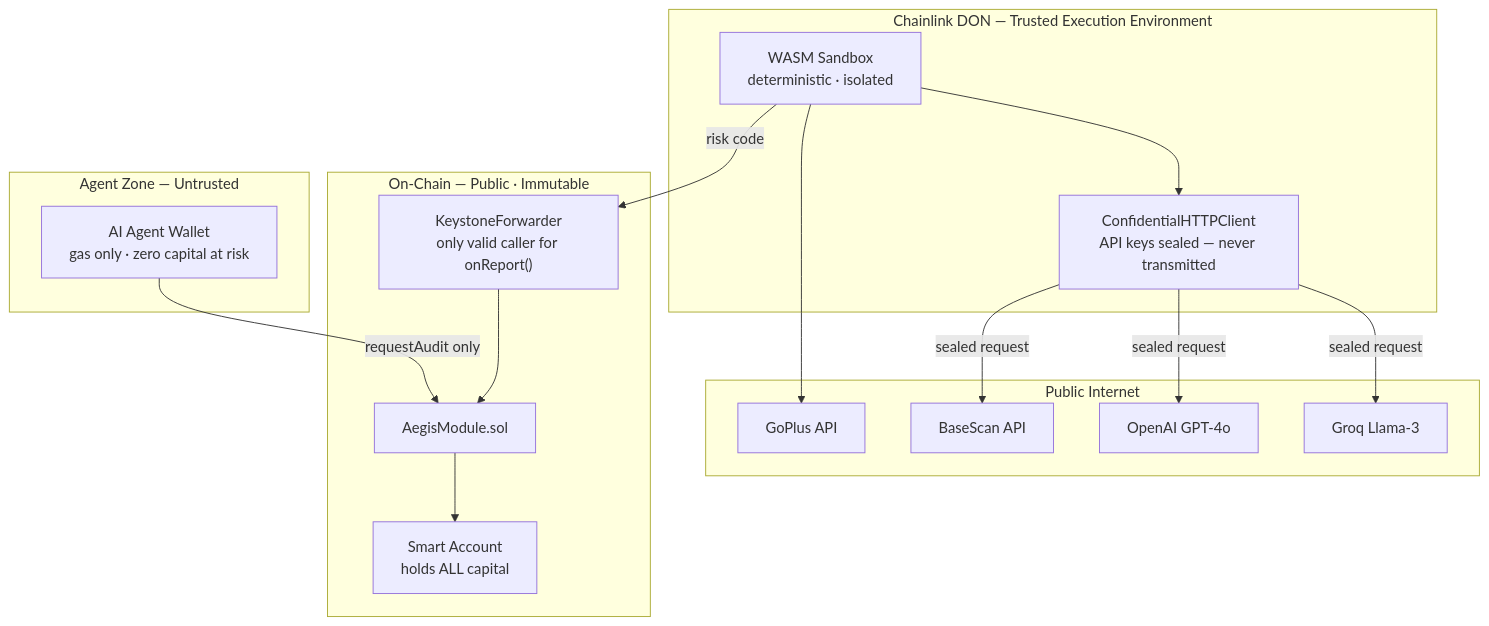
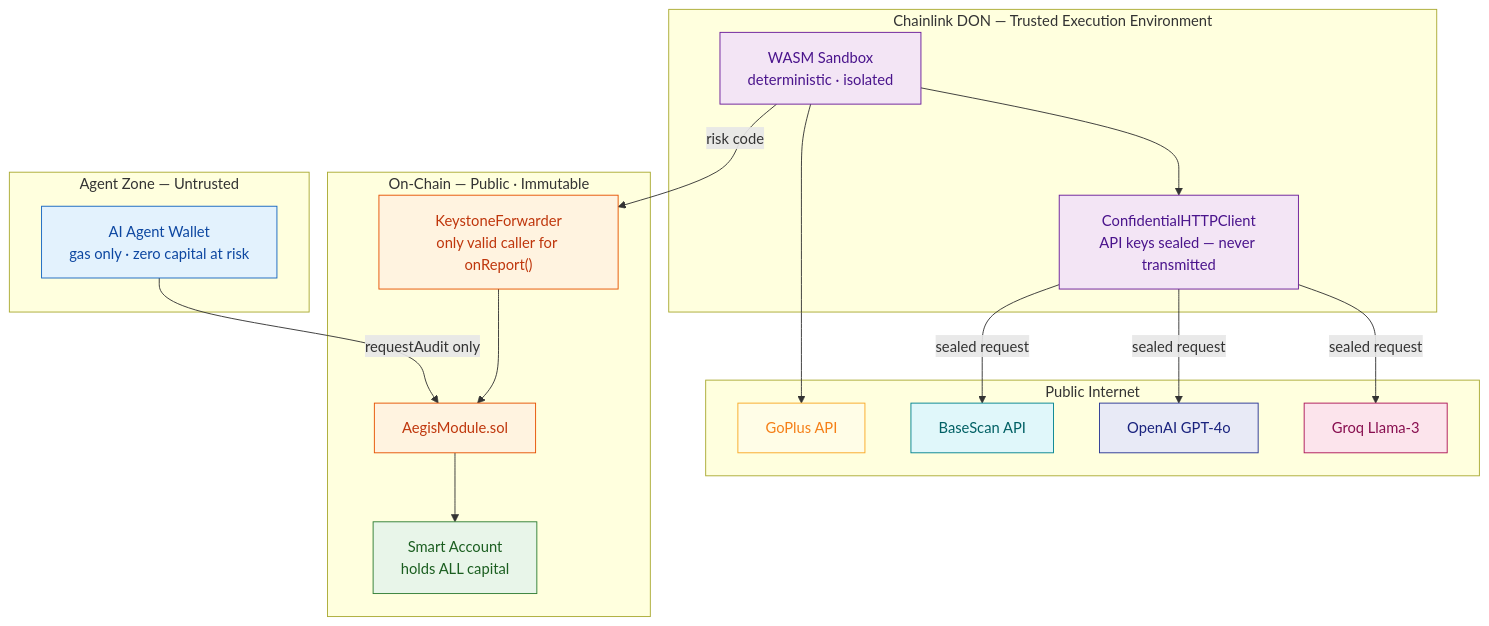
The seventh of 12 diagrams in docs/ARCHITECTURE.md (vjb/aegis-v4), drawn with Mermaid before and after one commit. The commit also changed other lines of this file and 5 other files, not shown here.

Commit message:
docs: full review pass — colored mermaid diagrams, fix test counts, add sample output links

````diff
--- a/docs/ARCHITECTURE.md
+++ b/docs/ARCHITECTURE.md
@@ -179,31 +217,42 @@
 ```mermaid
 graph TB
     subgraph PublicZone["Public Internet"]
         GoPlus["GoPlus API"]
         BaseScan["BaseScan API"]
         OpenAI["OpenAI GPT-4o"]
         Groq["Groq Llama-3"]
     end
 
     subgraph DON["Chainlink DON — Trusted Execution Environment"]
         Conf["ConfidentialHTTPClient\nAPI keys sealed — never transmitted"]
         WASM["WASM Sandbox\ndeterministic · isolated"]
     end
 
     subgraph OnChain["On-Chain — Public · Immutable"]
         KF["KeystoneForwarder\nonly valid caller for onReport()"]
         AM["AegisModule.sol"]
         Safe["Smart Account\nholds ALL capital"]
     end
 
     subgraph AgentZone["Agent Zone — Untrusted"]
         Bot["AI Agent Wallet\ngas only · zero capital at risk"]
     end
 
     Conf -->|sealed request| BaseScan & OpenAI & Groq
     WASM --> GoPlus
     WASM --> Conf
     WASM -->|risk code| KF --> AM
     AM --> Safe
     Bot -->|requestAudit only| AM
+
+    style GoPlus fill:#fffde7,stroke:#f9a825,color:#f57f17
+    style BaseScan fill:#e0f7fa,stroke:#00838f,color:#006064
+    style OpenAI fill:#e8eaf6,stroke:#283593,color:#1a237e
+    style Groq fill:#fce4ec,stroke:#ad1457,color:#880e4f
+    style Conf fill:#f3e5f5,stroke:#6a1b9a,color:#4a148c
+    style WASM fill:#f3e5f5,stroke:#6a1b9a,color:#4a148c
+    style KF fill:#fff3e0,stroke:#e65100,color:#bf360c
+    style AM fill:#fff3e0,stroke:#e65100,color:#bf360c
+    style Safe fill:#e8f5e9,stroke:#2e7d32,color:#1b5e20
+    style Bot fill:#e3f2fd,stroke:#1565c0,color:#0d47a1
 ```
````
